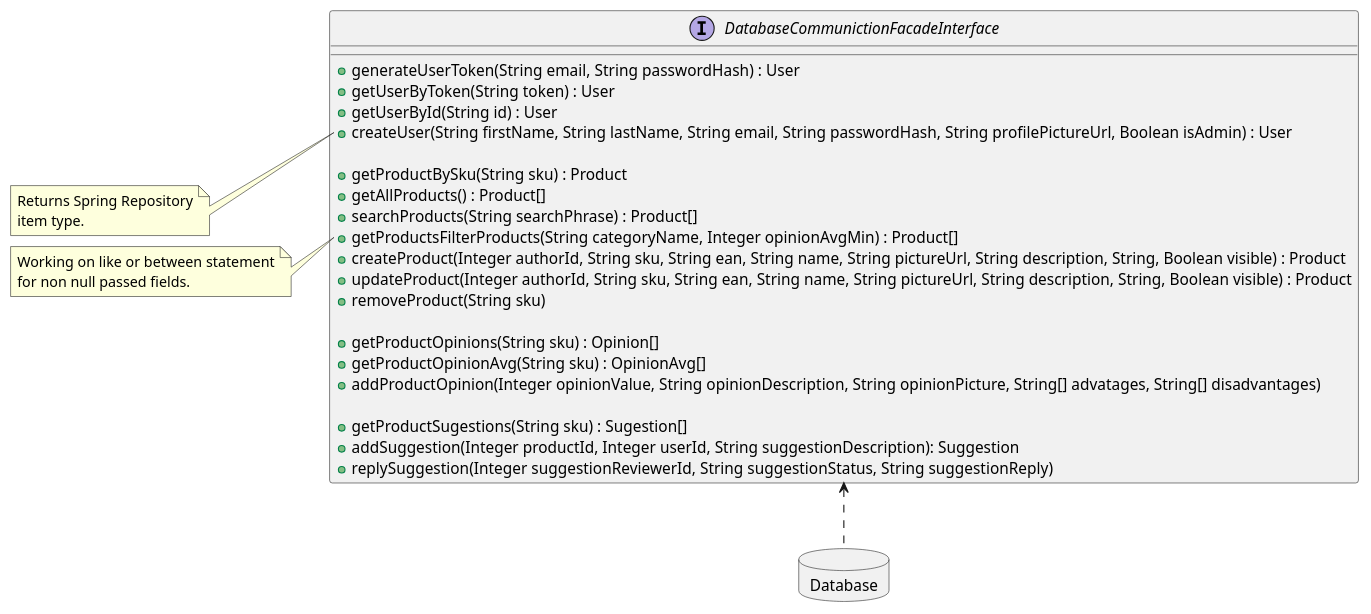
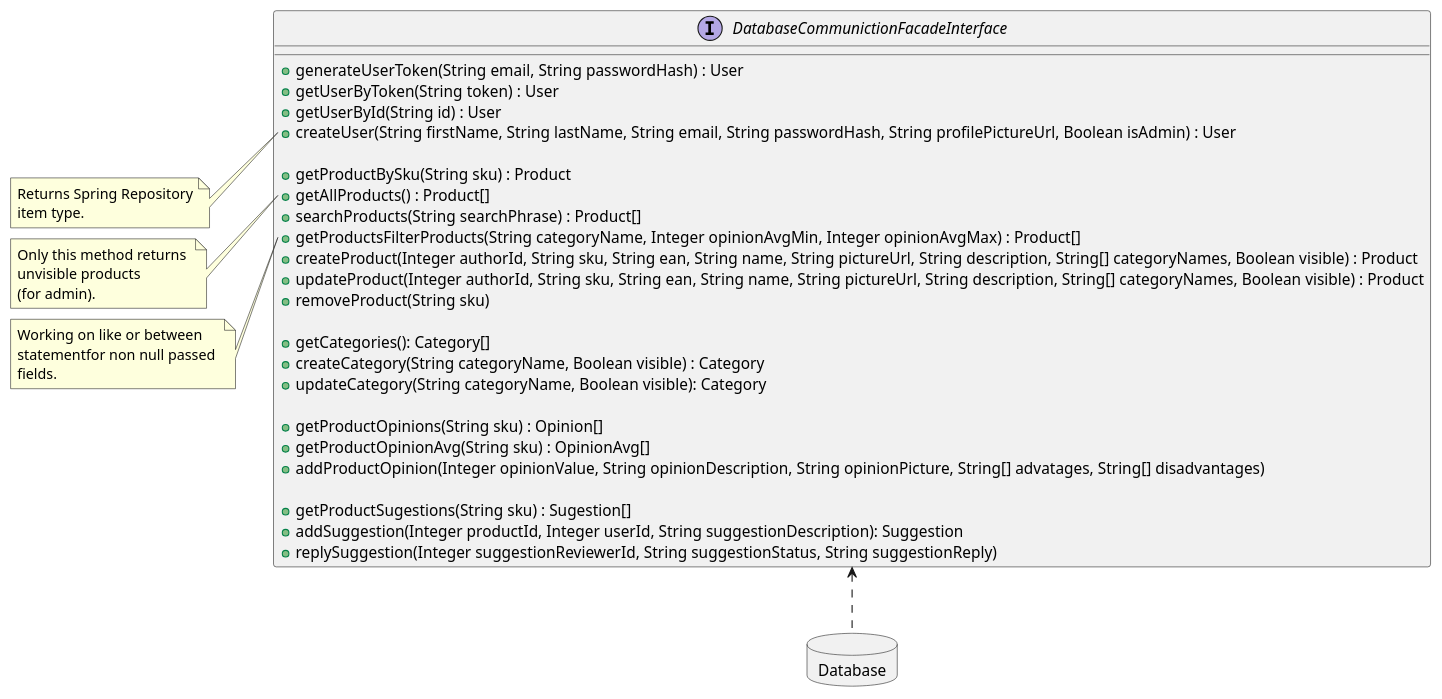
The diagram in BackendDatabaseCommunication.md (RadekBucki/OpinionCollectorArchitecture), drawn with PlantUML before and after one commit. The commit also changed 1 other file, not shown here.

Commit message:
Add ProductFacade and some fixes in DatabaseCommunicationInterface

````diff
--- a/BackendDatabaseCommunication.md
+++ b/BackendDatabaseCommunication.md
@@ -3,42 +3,53 @@
 ```plantuml
 @startuml
 DatabaseCommunictionFacadeInterface <.. Database
 
 database Database {
 }
 
 interface DatabaseCommunictionFacadeInterface {
     + generateUserToken(String email, String passwordHash) : User
     + getUserByToken(String token) : User
     + getUserById(String id) : User
     + createUser(String firstName, String lastName, String email, String passwordHash, String profilePictureUrl, Boolean isAdmin) : User
     
     + getProductBySku(String sku) : Product
     + getAllProducts() : Product[]
     + searchProducts(String searchPhrase) : Product[]
-    + getProductsFilterProducts(String categoryName, Integer opinionAvgMin) : Product[]
-    + createProduct(Integer authorId, String sku, String ean, String name, String pictureUrl, String description, String, Boolean visible) : Product
-    + updateProduct(Integer authorId, String sku, String ean, String name, String pictureUrl, String description, String, Boolean visible) : Product
+    + getProductsFilterProducts(String categoryName, Integer opinionAvgMin, Integer opinionAvgMax) : Product[]
+    + createProduct(Integer authorId, String sku, String ean, String name, String pictureUrl, String description, String[] categoryNames, Boolean visible) : Product
+    + updateProduct(Integer authorId, String sku, String ean, String name, String pictureUrl, String description, String[] categoryNames, Boolean visible) : Product
     + removeProduct(String sku)
+    
+    + getCategories(): Category[]
+    + createCategory(String categoryName, Boolean visible) : Category
+    + updateCategory(String categoryName, Boolean visible): Category
     
     + getProductOpinions(String sku) : Opinion[]
     + getProductOpinionAvg(String sku) : OpinionAvg[]
     + addProductOpinion(Integer opinionValue, String opinionDescription, String opinionPicture, String[] advatages, String[] disadvantages)
     
     + getProductSugestions(String sku) : Sugestion[]
     + addSuggestion(Integer productId, Integer userId, String suggestionDescription): Suggestion
     + replySuggestion(Integer suggestionReviewerId, String suggestionStatus, String suggestionReply)
 }
 
 note left of DatabaseCommunictionFacadeInterface::createUser
     Returns Spring Repository
     item type.
 endnote
 
+note left of DatabaseCommunictionFacadeInterface::getAllProducts
+    Only this method returns 
+    unvisible products
+    (for admin).
+endnote
+
 note left of DatabaseCommunictionFacadeInterface::getProductsFilterProducts
-    Working on like or between statement
-    for non null passed fields.
+    Working on like or between 
+    statementfor non null passed 
+    fields.
 endnote
 
 @enduml 
 ```
````
